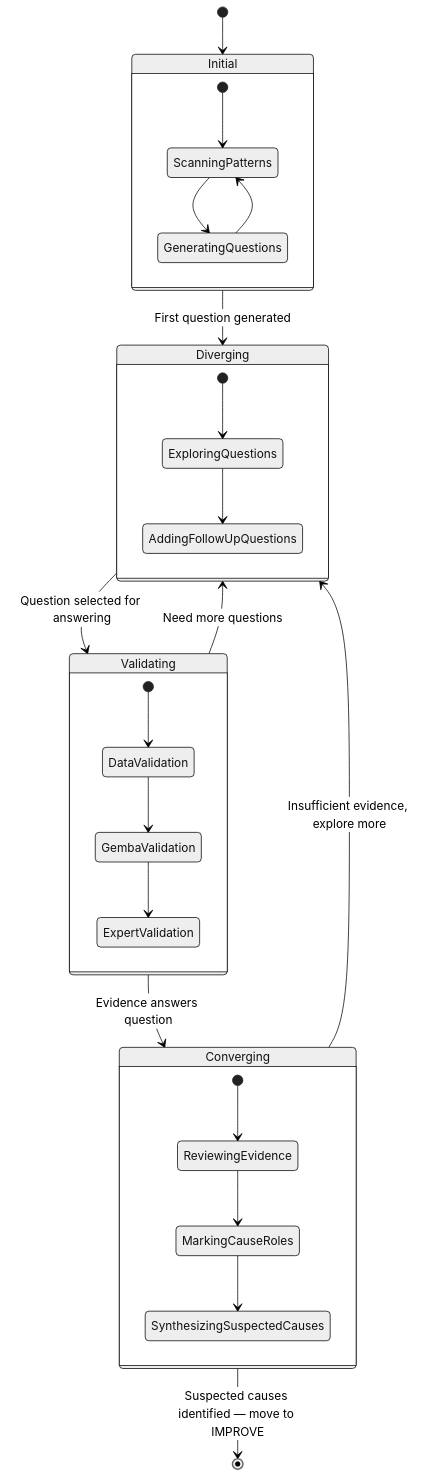
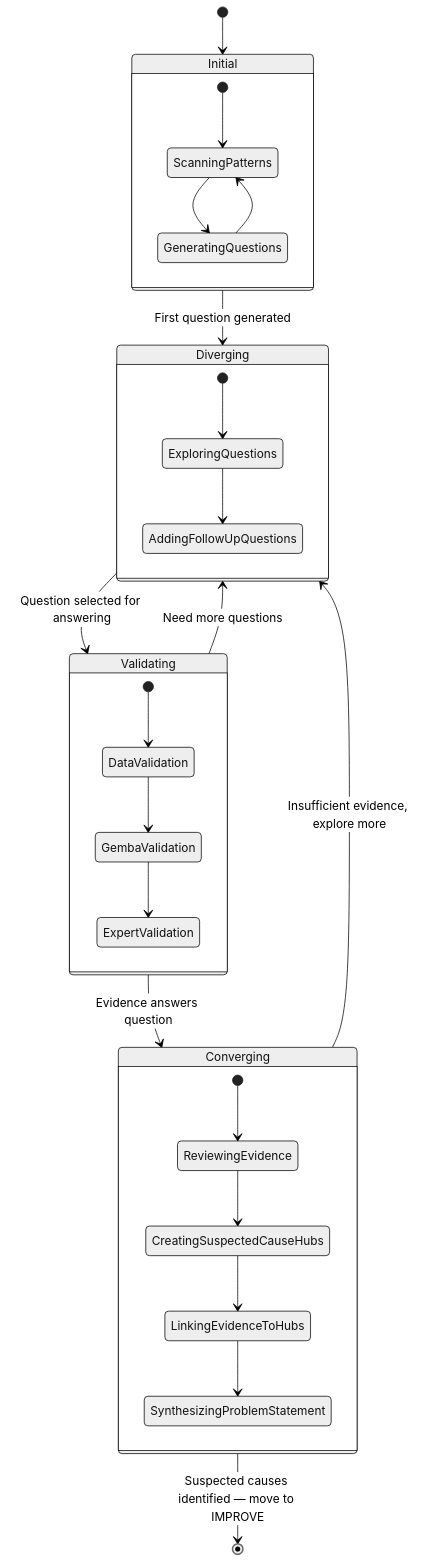
One commit to jukka-matti/variscout changed the first of 4 diagrams in docs/03-features/workflows/investigation-lifecycle-map.md. Above: the diagram before and after it, drawn with Mermaid (neutral theme). The commit also changed other lines of this file and 12 other files, not shown here.

First line of the commit message:
docs: update 13 core docs for SuspectedCause hub model

````diff
--- a/docs/03-features/workflows/investigation-lifecycle-map.md
+++ b/docs/03-features/workflows/investigation-lifecycle-map.md
@@ -25,33 +25,34 @@
 ```mermaid
 stateDiagram-v2
     [*] --> Initial
     Initial --> Diverging : First question generated
     Diverging --> Validating : Question selected for answering
     Validating --> Diverging : Need more questions
     Validating --> Converging : Evidence answers question
     Converging --> Diverging : Insufficient evidence, explore more
     Converging --> [*] : Suspected causes identified — move to IMPROVE
 
     state Initial {
         [*] --> ScanningPatterns
         ScanningPatterns --> GeneratingQuestions
         GeneratingQuestions --> ScanningPatterns
     }
 
     state Diverging {
         [*] --> ExploringQuestions
         ExploringQuestions --> AddingFollowUpQuestions
     }
 
     state Validating {
         [*] --> DataValidation
         DataValidation --> GembaValidation
         GembaValidation --> ExpertValidation
     }
 
     state Converging {
         [*] --> ReviewingEvidence
-        ReviewingEvidence --> MarkingCauseRoles
-        MarkingCauseRoles --> SynthesizingSuspectedCauses
+        ReviewingEvidence --> CreatingSuspectedCauseHubs
+        CreatingSuspectedCauseHubs --> LinkingEvidenceToHubs
+        LinkingEvidenceToHubs --> SynthesizingProblemStatement
     }
 ```
````
